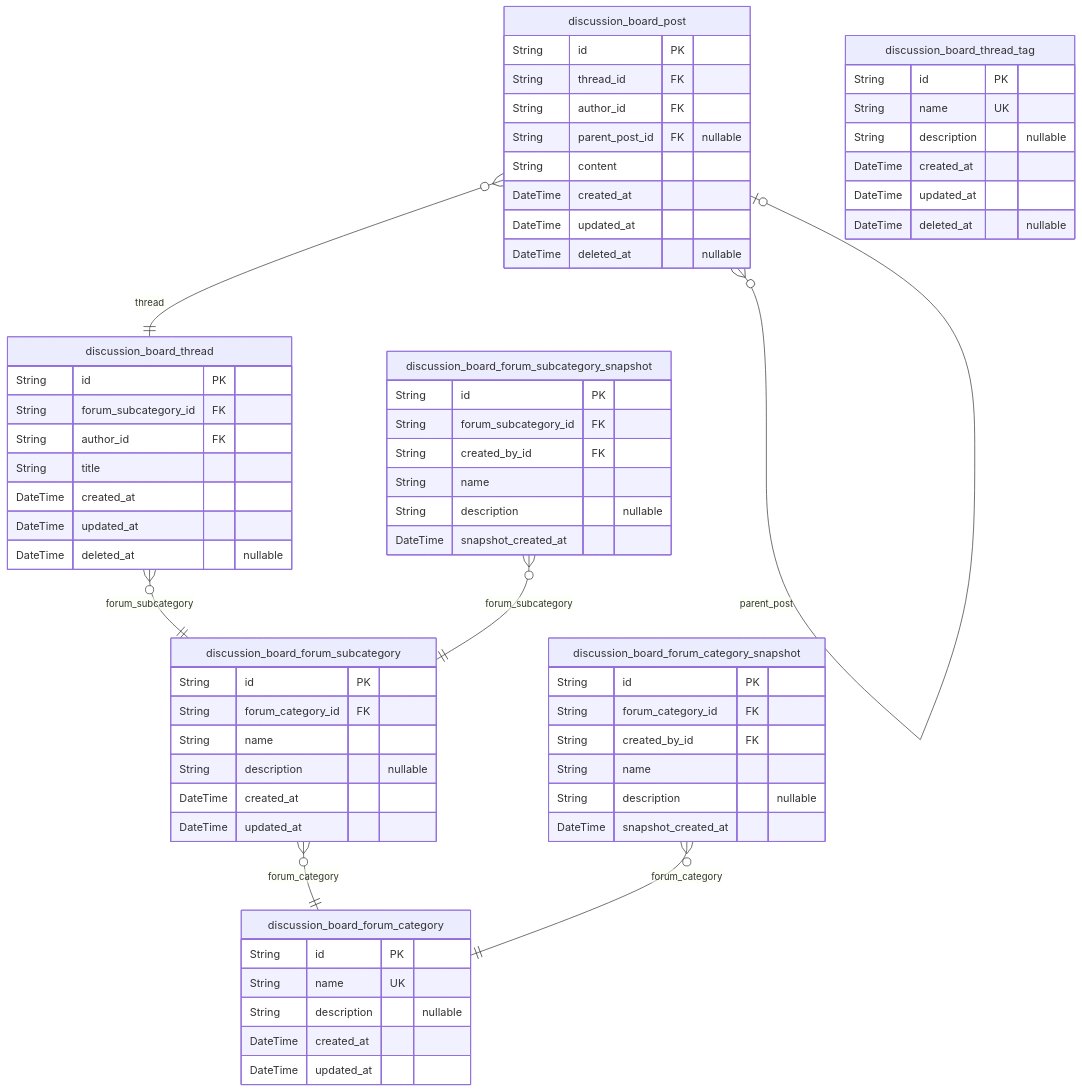
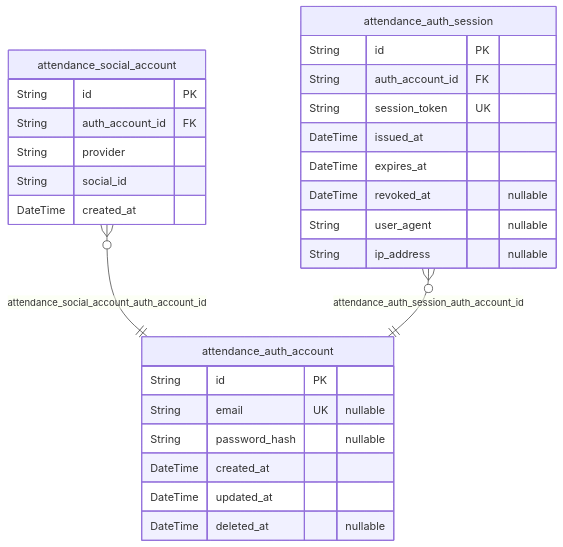
One commit to wrtnlabs/autobe-example-bbs-openai-gpt-4.1 changed the second of 6 diagrams in docs/ERD.md. Above: the diagram before and after it, drawn with Mermaid. The commit also changed other lines of this file and 577 other files, not shown here.

````diff
--- a/docs/ERD.md
+++ b/docs/ERD.md
@@ -181,67 +167,30 @@
 ```mermaid
 erDiagram
-"discussion_board_forum_category" {
+"attendance_social_account" {
   String id PK
-  String name UK
-  String description "nullable"
+  String auth_account_id FK
+  String provider
+  String social_id
   DateTime created_at
-  DateTime updated_at
 }
-"discussion_board_forum_subcategory" {
+"attendance_auth_account" {
   String id PK
-  String forum_category_id FK
-  String name
-  String description "nullable"
-  DateTime created_at
-  DateTime updated_at
-}
-"discussion_board_thread" {
-  String id PK
-  String forum_subcategory_id FK
-  String author_id FK
-  String title
+  String email UK "nullable"
+  String password_hash "nullable"
   DateTime created_at
   DateTime updated_at
   DateTime deleted_at "nullable"
 }
-"discussion_board_post" {
+"attendance_auth_session" {
   String id PK
-  String thread_id FK
-  String author_id FK
-  String parent_post_id FK "nullable"
-  String content
-  DateTime created_at
-  DateTime updated_at
-  DateTime deleted_at "nullable"
+  String auth_account_id FK
+  String session_token UK
+  DateTime issued_at
+  DateTime expires_at
+  DateTime revoked_at "nullable"
+  String user_agent "nullable"
+  String ip_address "nullable"
 }
-"discussion_board_thread_tag" {
-  String id PK
-  String name UK
-  String description "nullable"
-  DateTime created_at
-  DateTime updated_at
-  DateTime deleted_at "nullable"
-}
-"discussion_board_forum_category_snapshot" {
-  String id PK
-  String forum_category_id FK
-  String created_by_id FK
-  String name
-  String description "nullable"
-  DateTime snapshot_created_at
-}
-"discussion_board_forum_subcategory_snapshot" {
-  String id PK
-  String forum_subcategory_id FK
-  String created_by_id FK
-  String name
-  String description "nullable"
-  DateTime snapshot_created_at
-}
-"discussion_board_forum_subcategory" }o--|| "discussion_board_forum_category" : forum_category
-"discussion_board_thread" }o--|| "discussion_board_forum_subcategory" : forum_subcategory
-"discussion_board_post" }o--|| "discussion_board_thread" : thread
-"discussion_board_post" }o--o| "discussion_board_post" : parent_post
-"discussion_board_forum_category_snapshot" }o--|| "discussion_board_forum_category" : forum_category
-"discussion_board_forum_subcategory_snapshot" }o--|| "discussion_board_forum_subcategory" : forum_subcategory
+"attendance_social_account" }o--|| "attendance_auth_account" : attendance_social_account_auth_account_id
+"attendance_auth_session" }o--|| "attendance_auth_account" : attendance_auth_session_auth_account_id
 ```
````
